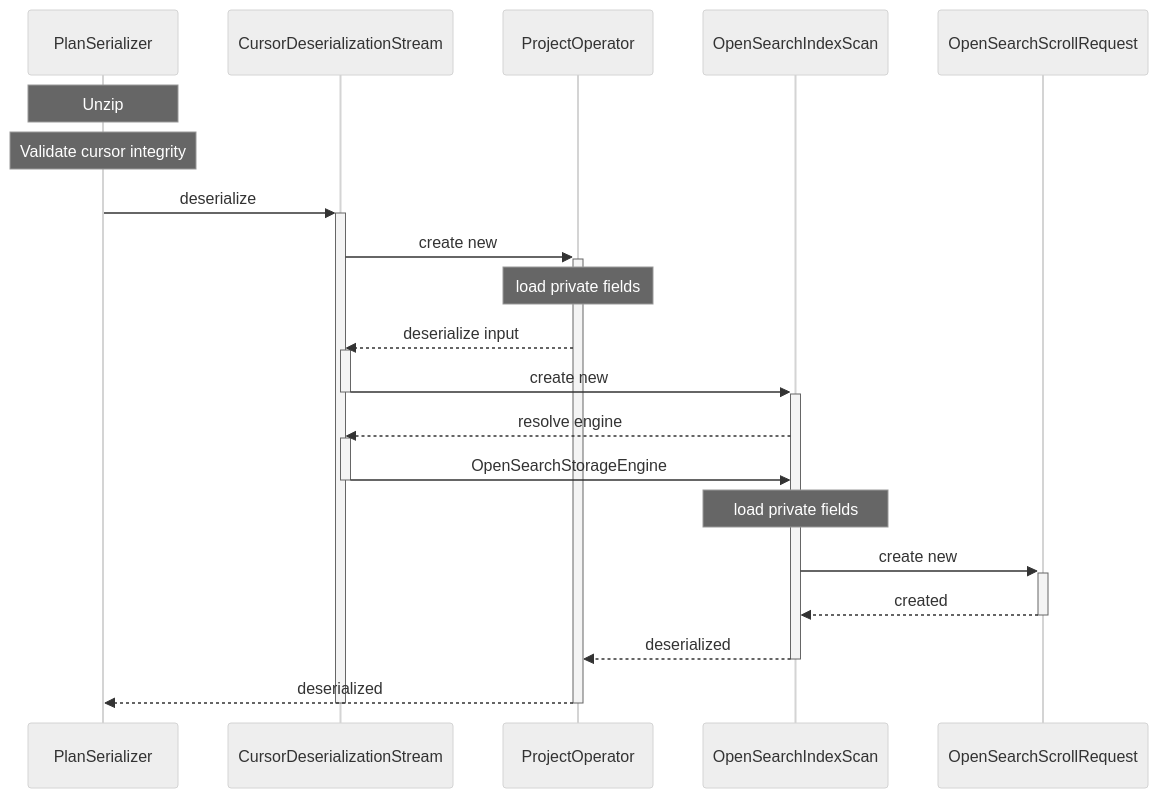
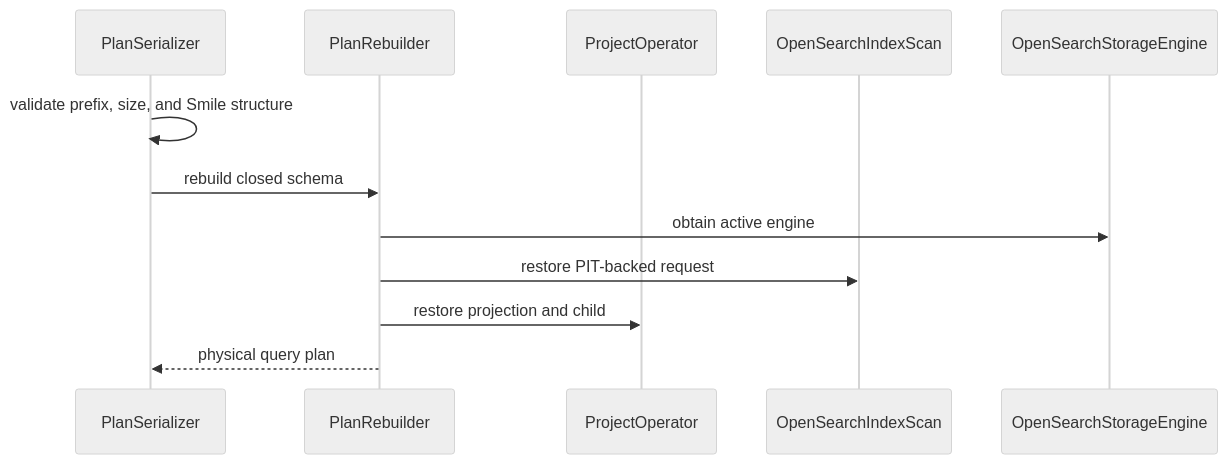
Before and after one commit to opensearch-project/sql: diagram 17 of 19 in docs/dev/Pagination-v2.md, drawn with Mermaid (neutral theme). The commit also changed other lines of this file and 1 other file, not shown here.

Commit message:
docs: document Smile cursor serialization

````diff
--- a/docs/dev/Pagination-v2.md
+++ b/docs/dev/Pagination-v2.md
@@ -630,26 +596,15 @@
 ```mermaid
 sequenceDiagram
     participant PlanSerializer
-    participant CursorDeserializationStream
+    participant PlanRebuilder
     participant ProjectOperator
     participant OpenSearchIndexScan
-    participant OpenSearchScrollRequest
+    participant OpenSearchStorageEngine
 
-Note over PlanSerializer : Unzip
-Note over PlanSerializer : Validate cursor integrity
-PlanSerializer ->>+ CursorDeserializationStream : deserialize
-  CursorDeserializationStream ->>+ ProjectOperator : create new
-    Note over ProjectOperator: load private fields
-    ProjectOperator -->> CursorDeserializationStream : deserialize input
-  activate CursorDeserializationStream
-  CursorDeserializationStream ->>+ OpenSearchIndexScan : create new
-  deactivate CursorDeserializationStream
-    OpenSearchIndexScan -->>+ CursorDeserializationStream : resolve engine
-  CursorDeserializationStream ->>- OpenSearchIndexScan : OpenSearchStorageEngine
-    Note over OpenSearchIndexScan : load private fields
-    OpenSearchIndexScan ->>+ OpenSearchScrollRequest : create new
-      OpenSearchScrollRequest -->>- OpenSearchIndexScan : created
-    OpenSearchIndexScan -->>- ProjectOperator : deserialized
-  ProjectOperator -->>- PlanSerializer : deserialized
-  deactivate CursorDeserializationStream
+    PlanSerializer ->> PlanSerializer : validate prefix, size, and Smile structure
+    PlanSerializer ->> PlanRebuilder : rebuild closed schema
+    PlanRebuilder ->> OpenSearchStorageEngine : obtain active engine
+    PlanRebuilder ->> OpenSearchIndexScan : restore PIT-backed request
+    PlanRebuilder ->> ProjectOperator : restore projection and child
+    PlanRebuilder -->> PlanSerializer : physical query plan
 ```
````
